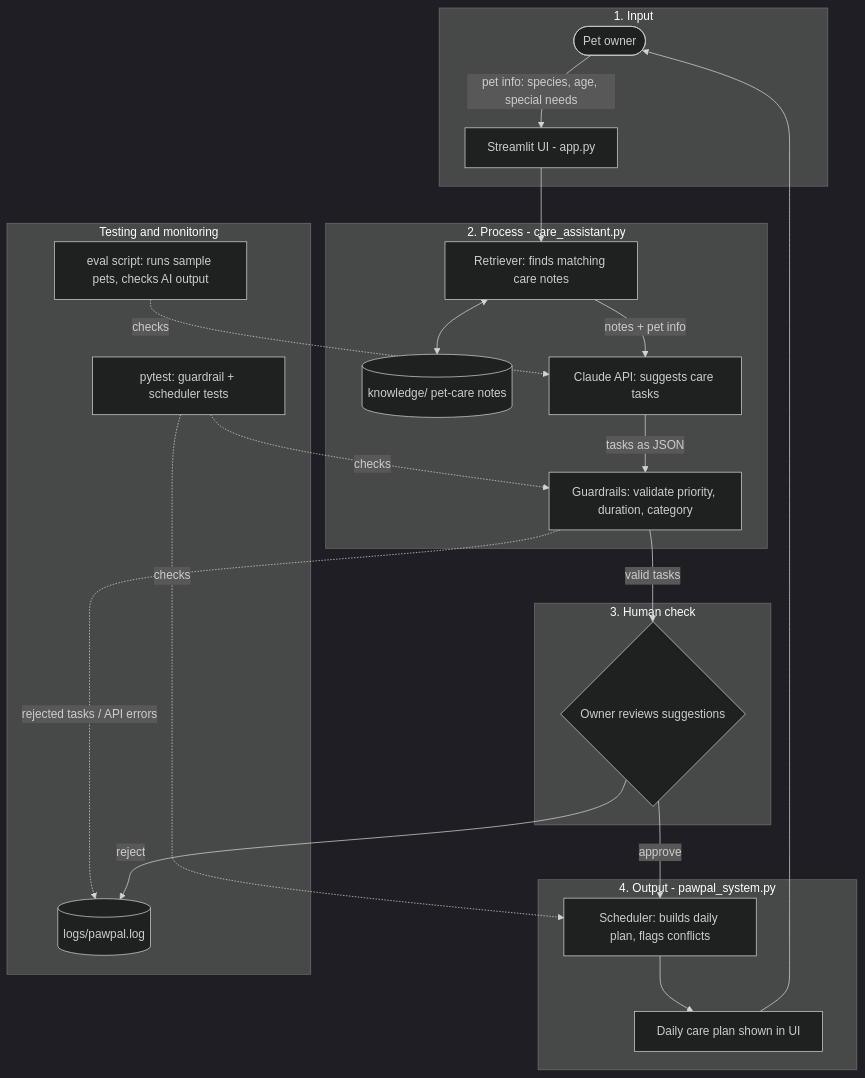
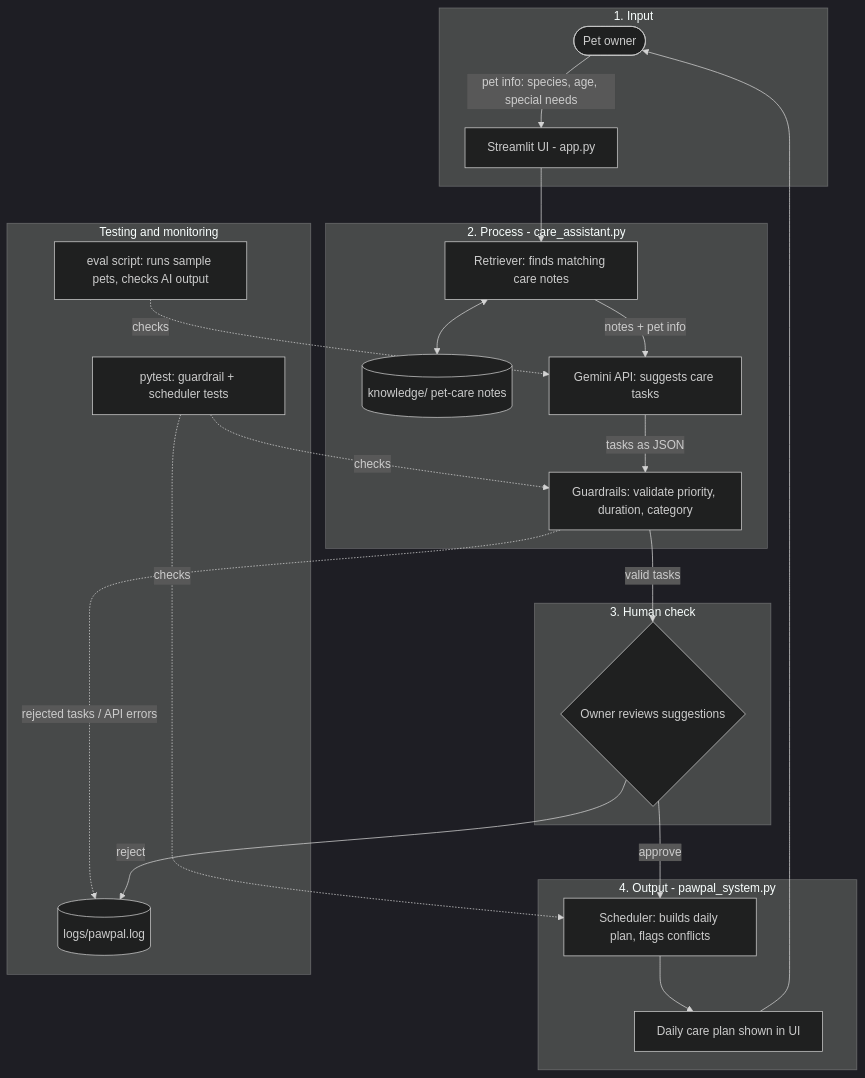
One commit to gouriddhi/codepath-applied-ai-system-project changed the diagram in diagrams/architecture.mmd. Above: the diagram before and after it, drawn with Mermaid (dark theme). The commit also changed other lines of this file and 9 other files, not shown here.

Commit message:
Switch to Gemini, update diagram and README

```diff
--- a/diagrams/architecture.mmd
+++ b/diagrams/architecture.mmd
@@ -1,43 +1,43 @@
 flowchart TD
     %% PawPal+ with RAG care assistant
 
     subgraph INPUT [1. Input]
         U([Pet owner]) -->|"pet info: species, age, special needs"| UI["Streamlit UI - app.py"]
     end
 
     subgraph PROCESS [2. Process - care_assistant.py]
         R["Retriever: finds matching care notes"]
         KB[("knowledge/ pet-care notes")]
-        LLM["Claude API: suggests care tasks"]
+        LLM["Gemini API: suggests care tasks"]
         G["Guardrails: validate priority, duration, category"]
         R <--> KB
         R -->|"notes + pet info"| LLM
         LLM -->|"tasks as JSON"| G
     end
 
     subgraph HUMAN [3. Human check]
         H{"Owner reviews suggestions"}
     end
 
     subgraph OUTPUT [4. Output - pawpal_system.py]
         S["Scheduler: builds daily plan, flags conflicts"]
         PLAN["Daily care plan shown in UI"]
         S --> PLAN
     end
 
     subgraph TESTING [Testing and monitoring]
         T1["pytest: guardrail + scheduler tests"]
         T2["eval script: runs sample pets, checks AI output"]
         LOG[("logs/pawpal.log")]
     end
 
     UI --> R
     G -->|"valid tasks"| H
     G -.->|"rejected tasks / API errors"| LOG
     H -->|"approve"| S
     H -->|"reject"| LOG
     PLAN --> U
 
     T1 -.->|checks| G
     T1 -.->|checks| S
     T2 -.->|checks| LLM
```
